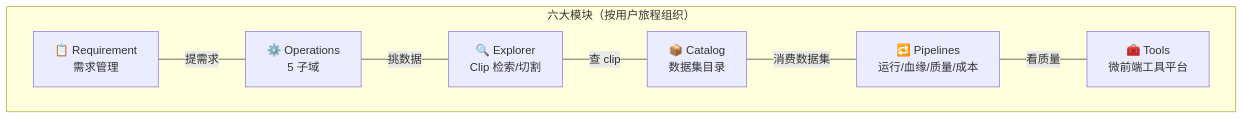
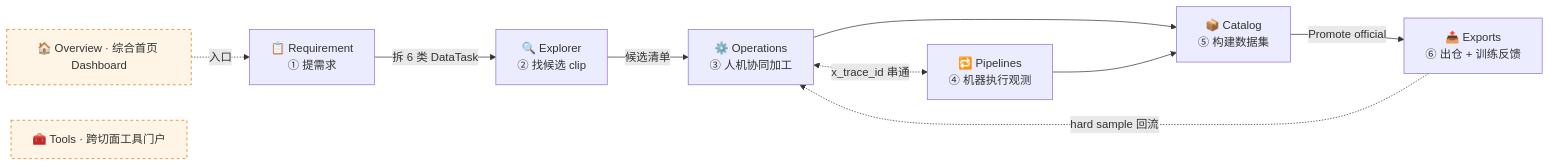
The fourth of 4 diagrams in docs/prd/ai-data-loop-infra-prd.md (gray-cgm/ai-native-data-engine), drawn with Mermaid before and after one commit. The commit also changed other lines of this file and 24 other files, not shown here.

Commit message:
update: e2e demo and overview and requirement report

````diff
--- a/docs/prd/ai-data-loop-infra-prd.md
+++ b/docs/prd/ai-data-loop-infra-prd.md
@@ -76,13 +82,15 @@
 ```mermaid
-flowchart TB
-    subgraph Apps["六大模块（按用户旅程组织）"]
-        direction LR
-        REQ[📋 Requirement<br/>需求管理]
-        CAT[📦 Catalog<br/>数据集目录]
-        EXP[🔍 Explorer<br/>Clip 检索/切割]
-        OPS[⚙️ Operations<br/>5 子域]
-        PIPE[🔁 Pipelines<br/>运行/血缘/质量/成本]
-        TOOL[🧰 Tools<br/>微前端工具平台]
-    end
-    REQ ---|提需求| OPS ---|挑数据| EXP ---|查 clip| CAT ---|消费数据集| PIPE ---|看质量| TOOL
+flowchart LR
+    REQ[📋 Requirement<br/>① 提需求] -->|拆 6 类 DataTask| EXP[🔍 Explorer<br/>② 找候选 clip]
+    EXP -->|候选清单| OPS[⚙️ Operations<br/>③ 人机协同加工]
+    OPS <-.x_trace_id 串通.-> PIPE[🔁 Pipelines<br/>④ 机器执行观测]
+    OPS --> CAT[📦 Catalog<br/>⑤ 构建数据集]
+    PIPE --> CAT
+    CAT -->|Promote official| EX[📤 Exports<br/>⑥ 出仓 + 训练反馈]
+    EX -.hard sample 回流.-> OPS
+
+    OV[🏠 Overview · 综合首页 Dashboard]:::sidecar -.入口.-> REQ
+    TOOL[🧰 Tools · 跨切面工具门户]:::sidecar
+
+    classDef sidecar fill:#fff5e6,stroke:#d97706,stroke-dasharray:4 4
 ```
````
